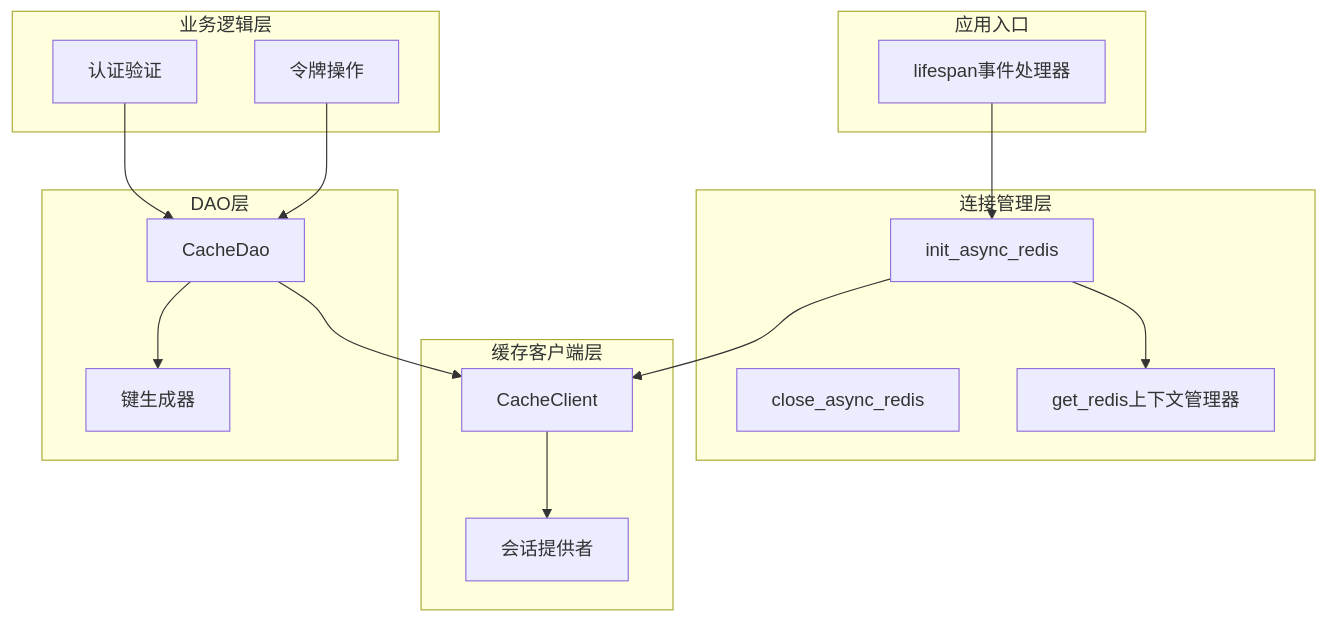
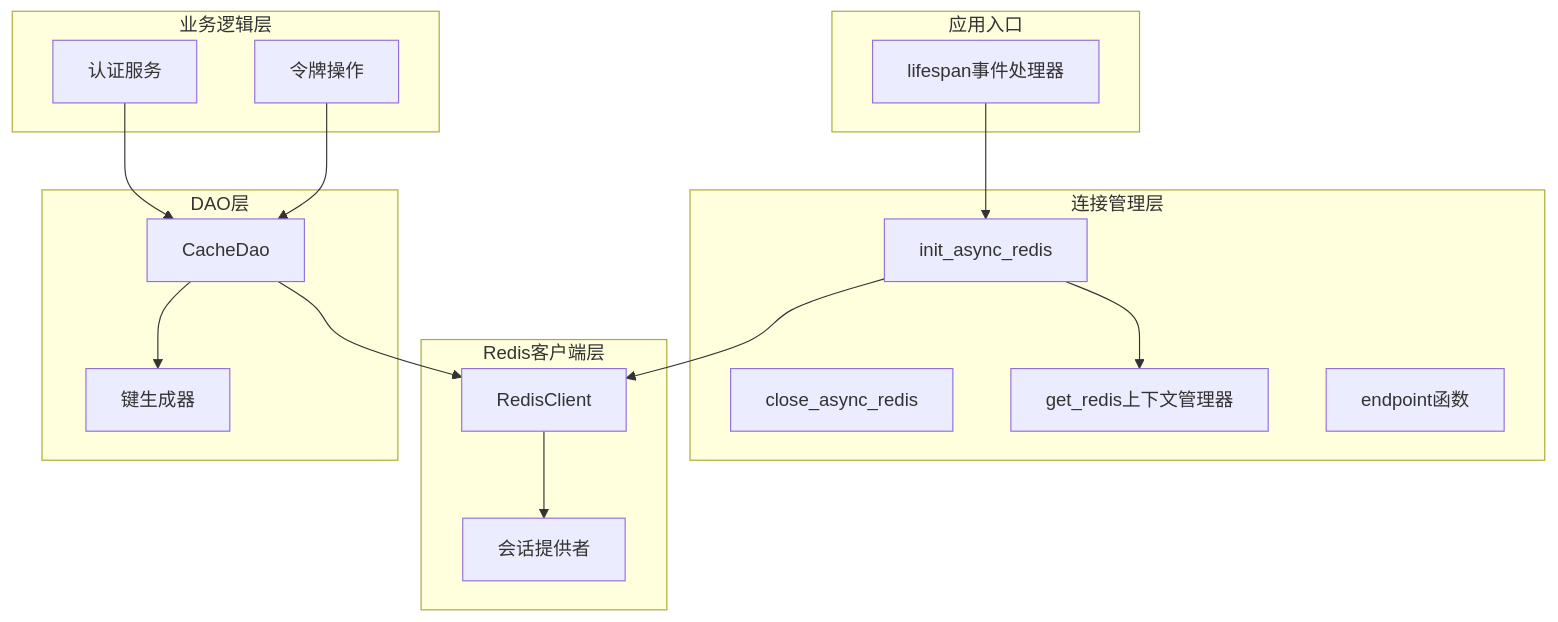
The third of 8 diagrams in .qoder/repowiki/zh/content/数据访问层/Redis数据访问对象.md (lilinzezzzzzz/fastapi-backend), drawn with Mermaid before and after one commit. The commit also changed other lines of this file and 42 other files, not shown here.

````diff
--- a/.qoder/repowiki/zh/content/数据访问层/Redis数据访问对象.md
+++ b/.qoder/repowiki/zh/content/数据访问层/Redis数据访问对象.md
@@ -129,31 +147,32 @@
 ```mermaid
 graph TB
 subgraph "应用入口"
 LIFESPAN[lifespan事件处理器]
 end
 subgraph "连接管理层"
 INIT[init_async_redis]
 CLOSE[close_async_redis]
 GET[get_redis上下文管理器]
+ENDPOINT[endpoint函数]
 end
-subgraph "缓存客户端层"
-CACHE_CLIENT[CacheClient]
+subgraph "Redis客户端层"
+REDIS_CLIENT[RedisClient]
 SESSION_PROVIDER[会话提供者]
 end
 subgraph "DAO层"
 CACHE_DAO[CacheDao]
 KEY_GENERATORS[键生成器]
 end
 subgraph "业务逻辑层"
-AUTH_VERIFY[认证验证]
+AUTH_SERVICE[认证服务]
 TOKEN_OPERATIONS[令牌操作]
 end
 LIFESPAN --> INIT
 INIT --> GET
-INIT --> CACHE_CLIENT
-CACHE_CLIENT --> SESSION_PROVIDER
-CACHE_DAO --> CACHE_CLIENT
+INIT --> REDIS_CLIENT
+REDIS_CLIENT --> SESSION_PROVIDER
+CACHE_DAO --> REDIS_CLIENT
 CACHE_DAO --> KEY_GENERATORS
-AUTH_VERIFY --> CACHE_DAO
+AUTH_SERVICE --> CACHE_DAO
 TOKEN_OPERATIONS --> CACHE_DAO
 ```
````
